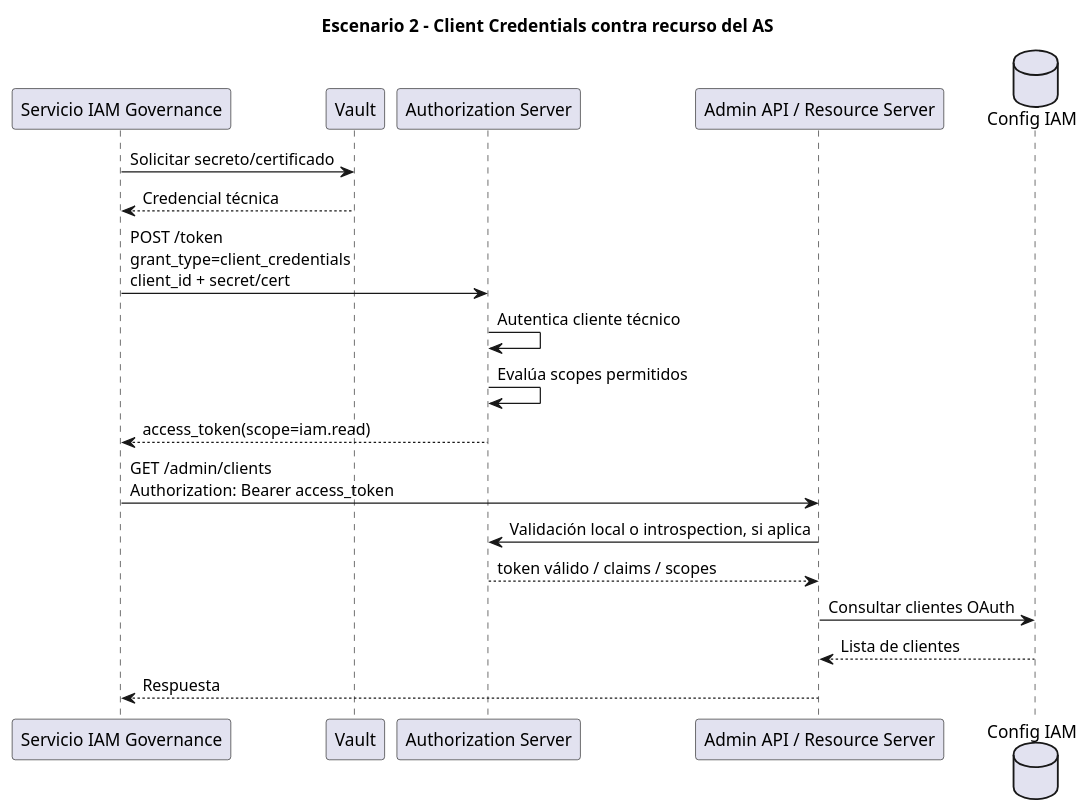
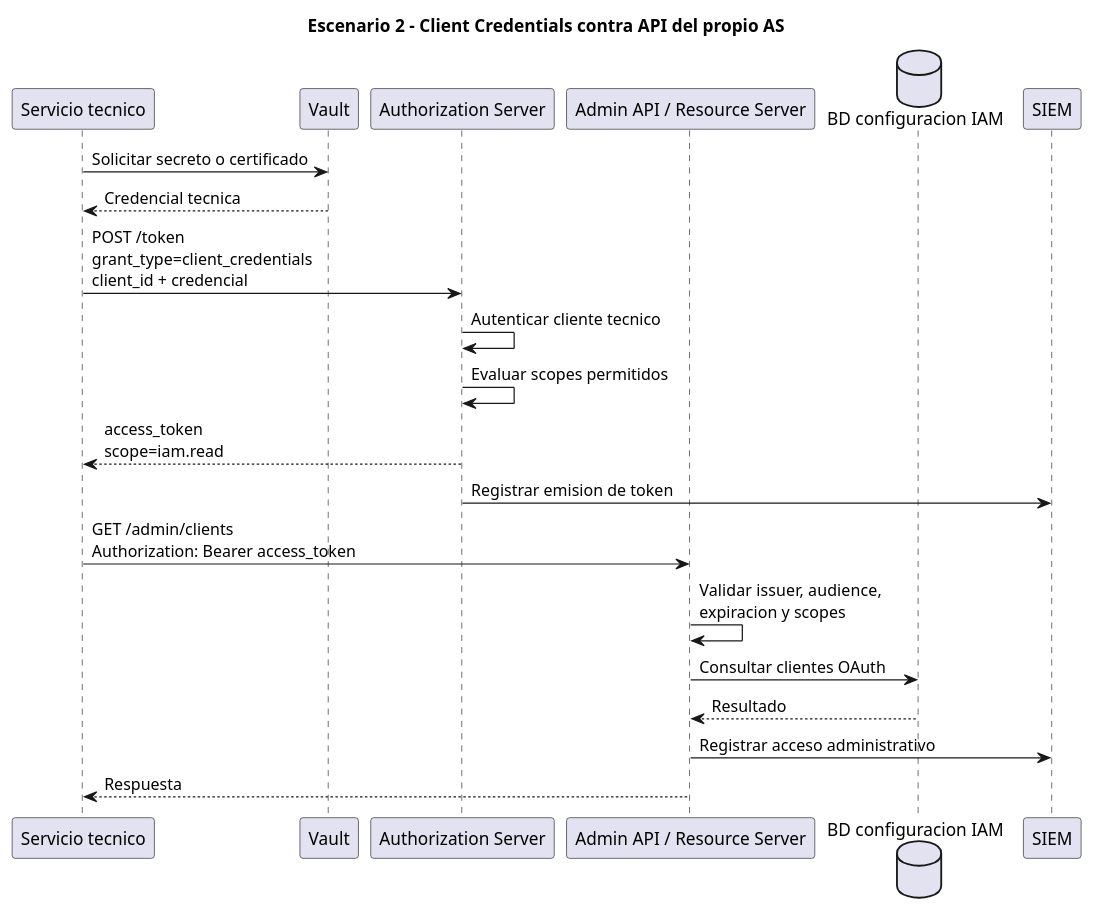
One commit to FredyRosero/evaluacion-controles-oauth2-oidc changed diagram 11 of 24 in tesis/README.md. Above: the diagram before and after it, drawn with PlantUML. The commit also changed other lines of this file and 24 other files, not shown here.

````diff
--- a/tesis/README.md
+++ b/tesis/README.md
@@ -1866,24 +2153,30 @@
 ```plantuml
 @startuml
-title Escenario 2 - Client Credentials contra recurso del AS
+title Escenario 2 - Client Credentials contra API del propio AS
 
-participant "Servicio IAM Governance" as Client
+participant "Servicio tecnico" as Client
 participant "Vault" as Vault
 participant "Authorization Server" as AS
 participant "Admin API / Resource Server" as RS
-database "Config IAM" as DB
+database "BD configuracion IAM" as DB
+participant "SIEM" as SIEM
 
-Client -> Vault : Solicitar secreto/certificado
-Vault --> Client : Credencial técnica
-Client -> AS : POST /token\ngrant_type=client_credentials\nclient_id + secret/cert
-AS -> AS : Autentica cliente técnico
-AS -> AS : Evalúa scopes permitidos
-AS --> Client : access_token(scope=iam.read)
+Client -> Vault : Solicitar secreto o certificado
+Vault --> Client : Credencial tecnica
+
+Client -> AS : POST /token\ngrant_type=client_credentials\nclient_id + credencial
+AS -> AS : Autenticar cliente tecnico
+AS -> AS : Evaluar scopes permitidos
+AS --> Client : access_token\nscope=iam.read
+
+AS -> SIEM : Registrar emision de token
+
 Client -> RS : GET /admin/clients\nAuthorization: Bearer access_token
-RS -> AS : Validación local o introspection, si aplica
-AS --> RS : token válido / claims / scopes
+RS -> RS : Validar issuer, audience,\nexpiracion y scopes
 RS -> DB : Consultar clientes OAuth
-DB --> RS : Lista de clientes
+DB --> RS : Resultado
+RS -> SIEM : Registrar acceso administrativo
 RS --> Client : Respuesta
+
 @enduml
 ```
````
